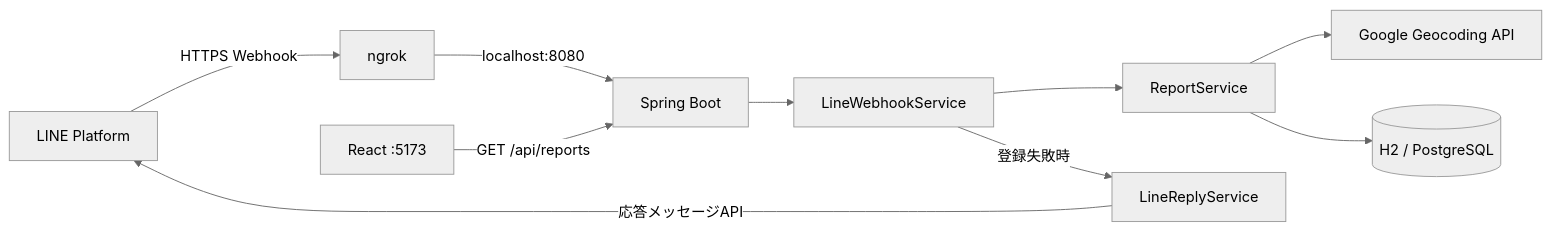
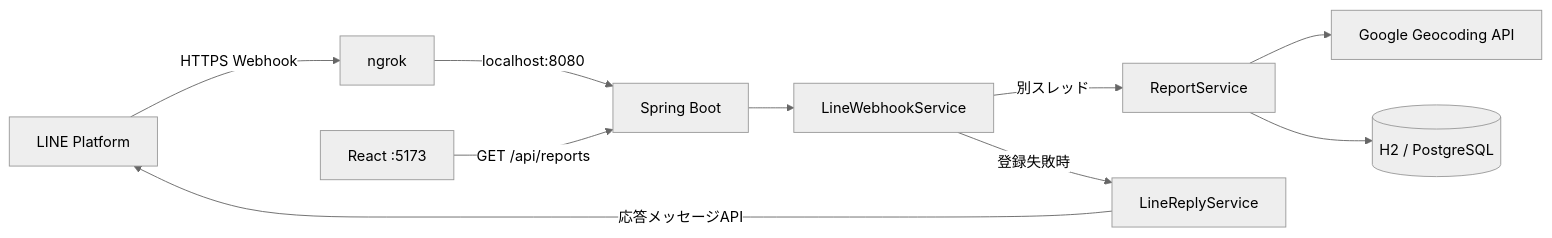
One commit to TBan34/Suspicious-Person-Map changed the diagram in docs/integrations/line-messaging-api.md. Above: the diagram before and after it, drawn with Mermaid (neutral theme). The commit also changed other lines of this file and 6 other files, not shown here.

````diff
--- a/docs/integrations/line-messaging-api.md
+++ b/docs/integrations/line-messaging-api.md
@@ -11,12 +11,12 @@
 ```mermaid
 flowchart LR
     line[LINE Platform] -->|HTTPS Webhook| ngrok[ngrok]
     ngrok -->|localhost:8080| backend[Spring Boot]
     backend --> webhookService[LineWebhookService]
-    webhookService --> service[ReportService]
+    webhookService -->|別スレッド| service[ReportService]
     webhookService -->|登録失敗時| replyService[LineReplyService]
     replyService -->|応答メッセージAPI| line
     service --> geocoding[Google Geocoding API]
     service --> db[(H2 / PostgreSQL)]
     frontend[React :5173] -->|GET /api/reports| backend
 ```
````
